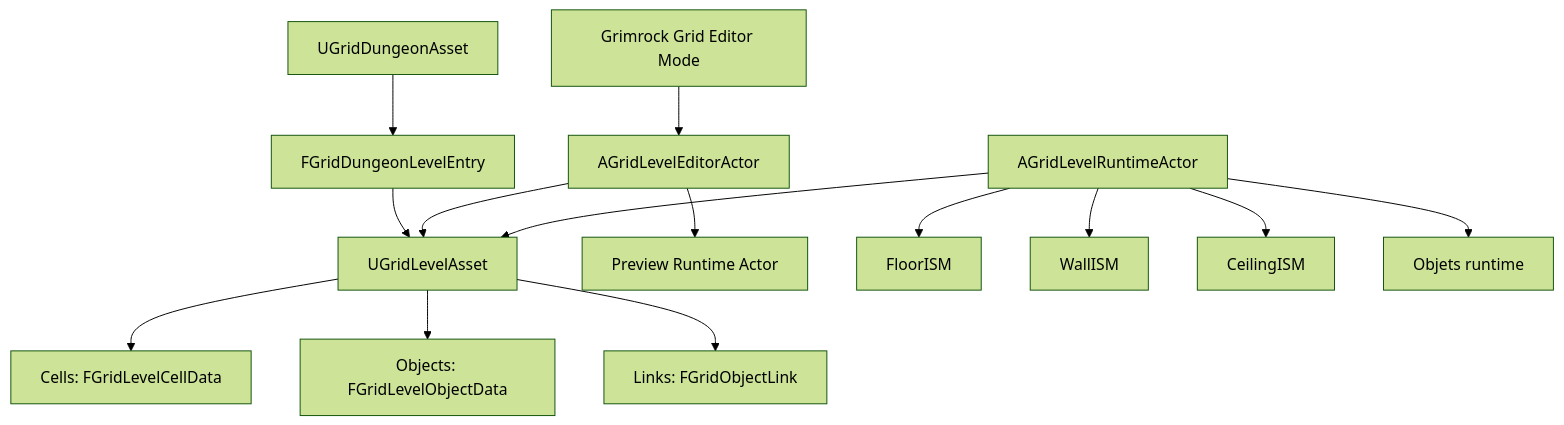
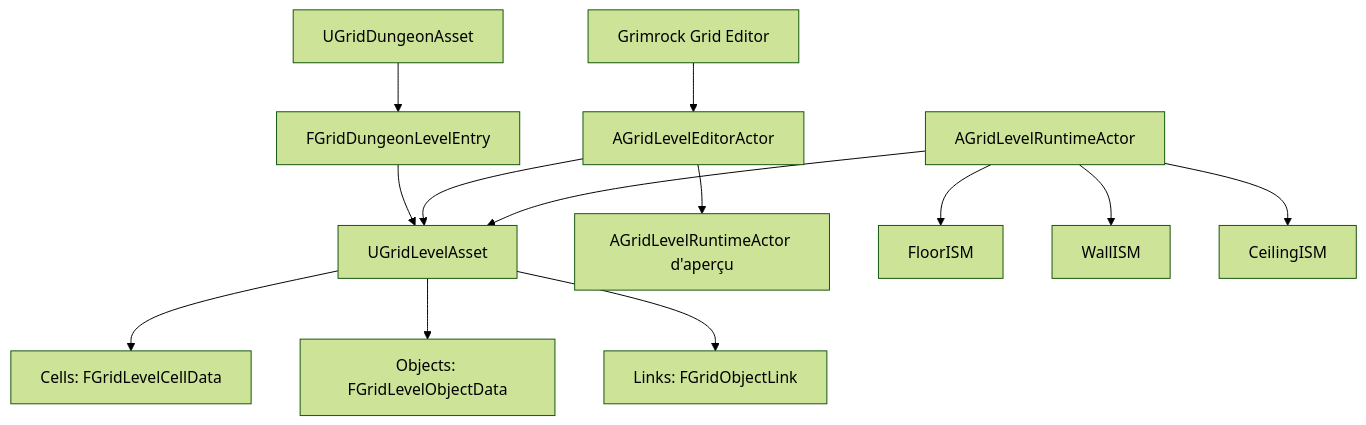
Before and after one commit to PhilippeMartin1964/GrimrockPrototype: the first of 4 diagrams in docs/Architecture/CORE_DUNGEON_LEVEL_GRID.md, drawn with Mermaid (forest theme). The commit also changed other lines of this file, not shown here.

Commit message:
Review core dungeon grid documentation against code

````diff
--- a/docs/Architecture/CORE_DUNGEON_LEVEL_GRID.md
+++ b/docs/Architecture/CORE_DUNGEON_LEVEL_GRID.md
@@ -60,19 +41,15 @@
 ```mermaid
 flowchart TD
     A[UGridDungeonAsset] --> B[FGridDungeonLevelEntry]
     B --> C[UGridLevelAsset]
-
     C --> D[Cells: FGridLevelCellData]
     C --> E[Objects: FGridLevelObjectData]
     C --> F[Links: FGridObjectLink]
-
-    G[Grimrock Grid Editor Mode] --> H[AGridLevelEditorActor]
+    G[Grimrock Grid Editor] --> H[AGridLevelEditorActor]
     H --> C
-    H --> I[Preview Runtime Actor]
-
+    H --> I[AGridLevelRuntimeActor d'aperçu]
     J[AGridLevelRuntimeActor] --> C
     J --> K[FloorISM]
     J --> L[WallISM]
     J --> M[CeilingISM]
-    J --> N[Objets runtime]
 ```
````
